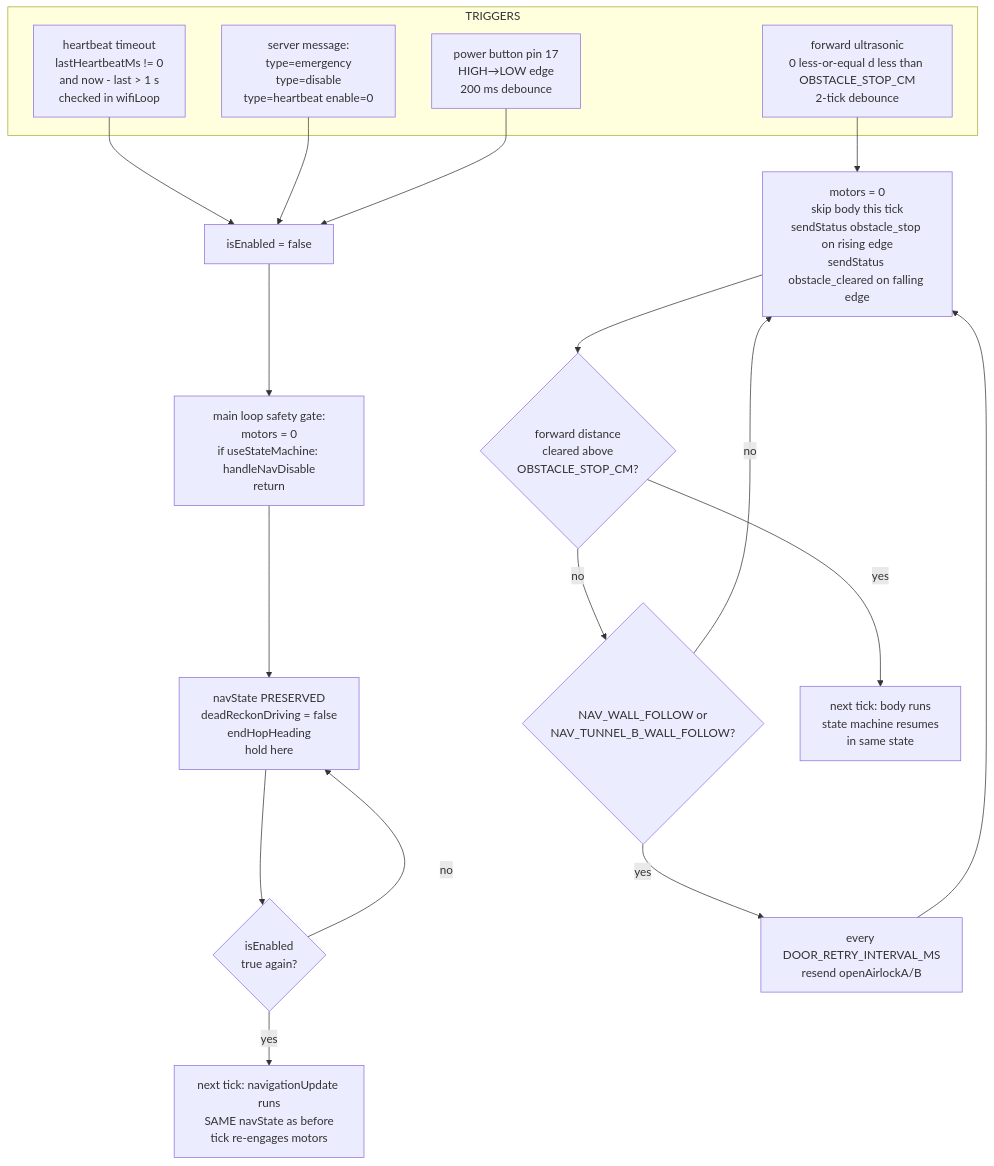
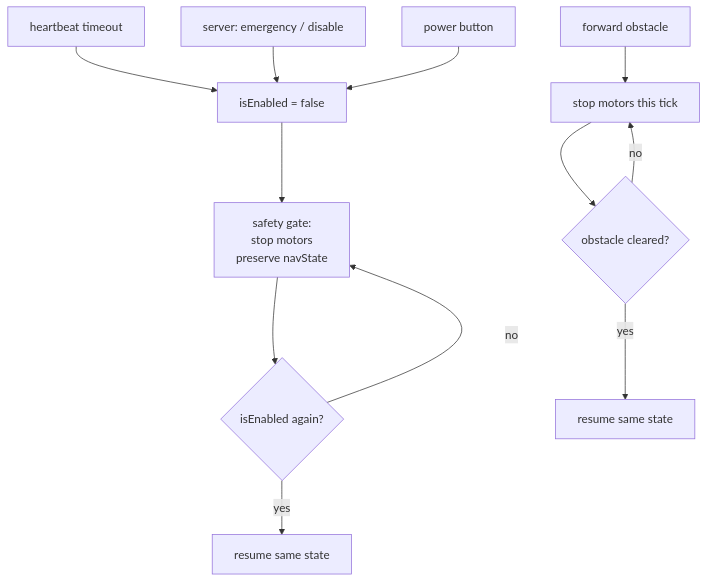
The third of 8 diagrams in docs/flowcharts.md (Stanleyhoo1/Robotics-Challenge), drawn with Mermaid before and after one commit. The commit also changed other lines of this file, not shown here.

Commit message:
flowcharts fixed

````diff
--- a/docs/flowcharts.md
+++ b/docs/flowcharts.md
@@ -74,24 +55,14 @@
 ```mermaid
 flowchart TD
-    subgraph TRIGGERS
-        T1[heartbeat timeout<br/>lastHeartbeatMs != 0<br/>and now - last > 1 s<br/>checked in wifiLoop]
-        T2[server message:<br/>type=emergency<br/>type=disable<br/>type=heartbeat enable=0]
-        T3[forward ultrasonic<br/>0 less-or-equal d less than OBSTACLE_STOP_CM<br/>2-tick debounce]
-        T4[power button pin 17<br/>HIGH→LOW edge<br/>200 ms debounce]
-    end
-    T1 --> U[isEnabled = false]
-    T2 --> U
-    T4 --> U
-    T3 --> V[motors = 0<br/>skip body this tick<br/>sendStatus obstacle_stop on rising edge<br/>sendStatus obstacle_cleared on falling edge]
-    U --> W[main loop safety gate:<br/>motors = 0<br/>if useStateMachine: handleNavDisable<br/>return]
-    W --> X[navState PRESERVED<br/>deadReckonDriving = false<br/>endHopHeading<br/>hold here]
-    X --> Y{isEnabled<br/>true again?}
-    Y -- no --> X
-    Y -- yes --> Z[next tick: navigationUpdate runs<br/>SAME navState as before<br/>tick re-engages motors]
-    V --> AA{forward distance<br/>cleared above<br/>OBSTACLE_STOP_CM?}
-    AA -- no --> AB{NAV_WALL_FOLLOW or<br/>NAV_TUNNEL_B_WALL_FOLLOW?}
-    AB -- yes --> AC[every DOOR_RETRY_INTERVAL_MS<br/>resend openAirlockA/B]
-    AC --> V
-    AB -- no --> V
-    AA -- yes --> AD[next tick: body runs<br/>state machine resumes<br/>in same state]
+    T1["heartbeat timeout"] --> U["isEnabled = false"]
+    T2["server: emergency / disable"] --> U
+    T3["power button"] --> U
+    T4["forward obstacle"] --> V["stop motors this tick"]
+    U --> W["safety gate:<br/>stop motors<br/>preserve navState"]
+    W --> X{"isEnabled again?"}
+    X -->|no| W
+    X -->|yes| Y["resume same state"]
+    V --> Z{"obstacle cleared?"}
+    Z -->|no| V
+    Z -->|yes| AA["resume same state"]
 ```
````
